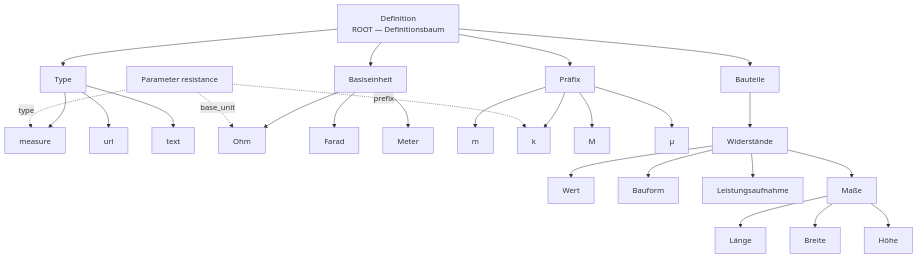
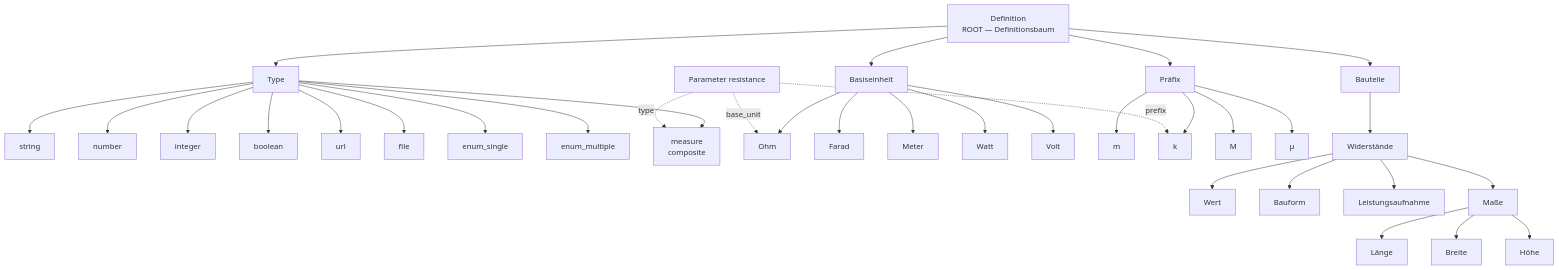
The fourth of 6 diagrams in docs/plans/data-structure.md (sfambach/wp-taxonomy-modeler), drawn with Mermaid before and after one commit. The commit also changed other lines of this file and 4 other files, not shown here.

````diff
--- a/docs/plans/data-structure.md
+++ b/docs/plans/data-structure.md
@@ -433,36 +439,44 @@
 ```mermaid
 flowchart TB
   D["Definition<br/>ROOT — Definitionsbaum"]
 
   D --> T["Type"]
   D --> B["Basiseinheit"]
   D --> P["Präfix"]
   D --> Bau["Bauteile"]
 
-  T --> T1["measure"]
-  T --> T2["url"]
-  T --> T3["text"]
+  T --> T1["string"]
+  T --> T2["number"]
+  T --> T3["integer"]
+  T --> T4["boolean"]
+  T --> T5["url"]
+  T --> T6["file"]
+  T --> T7["enum_single"]
+  T --> T8["enum_multiple"]
+  T --> T9["measure<br/>composite"]
 
   B --> B1["Ohm"]
   B --> B2["Farad"]
   B --> B3["Meter"]
+  B --> B4["Watt"]
+  B --> B5["Volt"]
 
   P --> P1["m"]
   P --> P2["k"]
   P --> P3["M"]
   P --> P4["µ"]
 
   Bau --> W["Widerstände"]
   W --> V["Wert"]
   W --> F["Bauform"]
   W --> L["Leistungsaufnahme"]
   W --> M["Maße"]
   M --> GL["Länge"]
   M --> GB["Breite"]
   M --> GH["Höhe"]
 
   Param["Parameter resistance"]
-  Param -.->|type| T1
+  Param -.->|type| T9
   Param -.->|prefix| P2
   Param -.->|base_unit| B1
 ```
````
